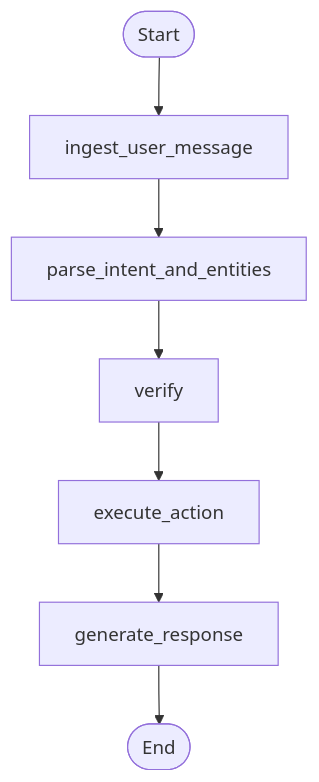
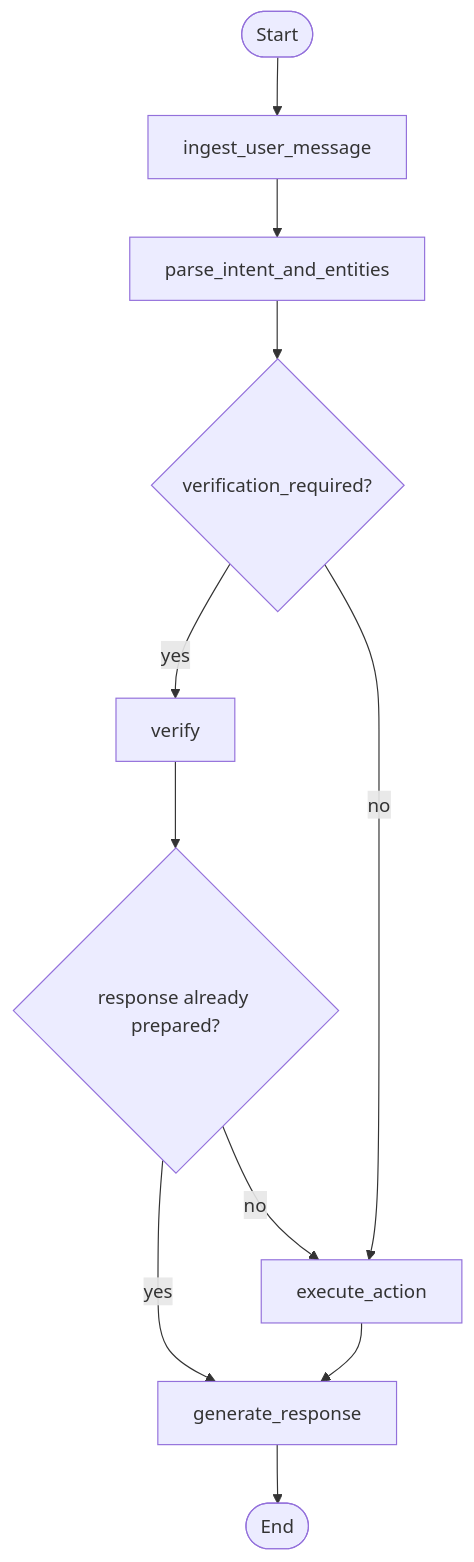
Before and after one commit to ktakanopy/appointment-bot: the diagram in docs/graph.md, drawn with Mermaid. The commit also changed other lines of this file and 16 other files, not shown here.

````diff
--- a/docs/graph.md
+++ b/docs/graph.md
@@ -3,9 +3,13 @@
 ```mermaid
 flowchart TD
     start([Start]) --> ingest[ingest_user_message]
     ingest --> interpret[parse_intent_and_entities]
-    interpret --> verify[verify]
-    verify --> execute[execute_action]
+    interpret --> need_verify{verification_required?}
+    need_verify -->|yes| verify[verify]
+    need_verify -->|no| execute[execute_action]
+    verify --> ready_for_action{response already prepared?}
+    ready_for_action -->|yes| respond[generate_response]
+    ready_for_action -->|no| execute
     execute --> respond[generate_response]
     respond --> finish([End])
 ```
````
